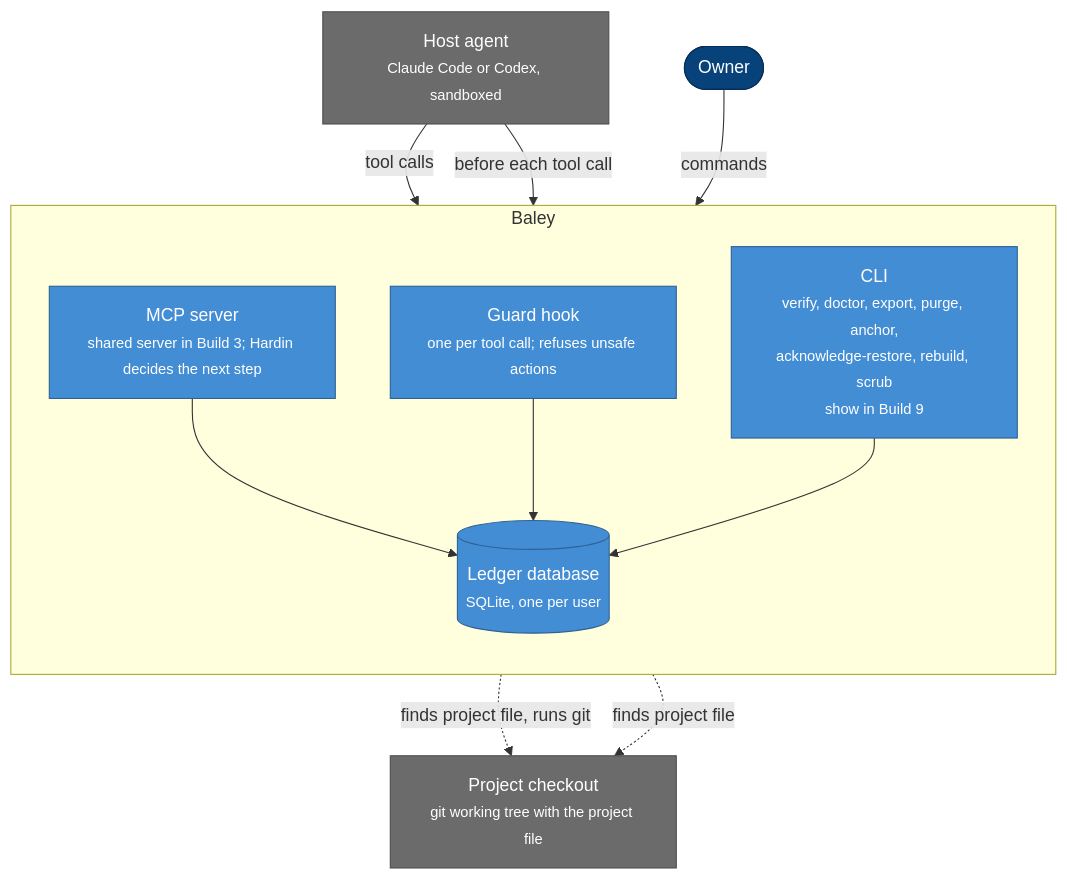
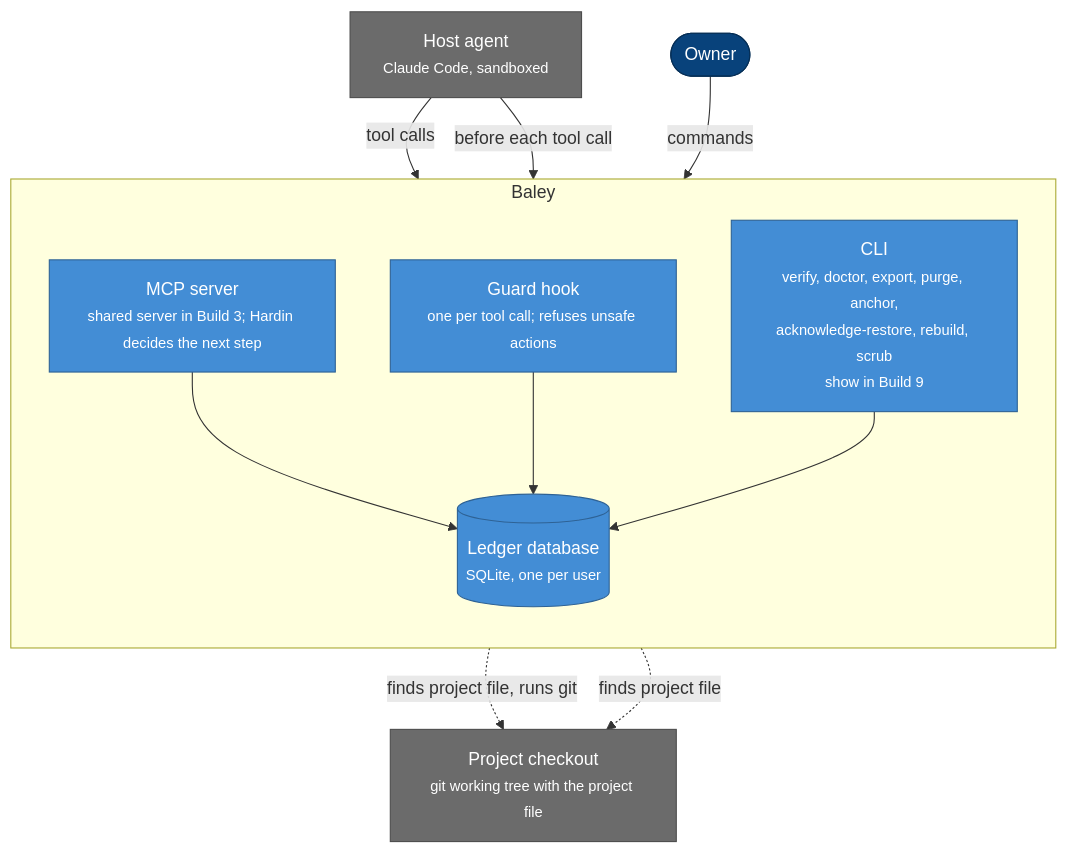
One commit to crenshawdev/baley changed the second of 14 diagrams in docs/design/0001-evidence-ledger.md. Above: the diagram before and after it, drawn with Mermaid. The commit also changed other lines of this file, not shown here.

First line of the commit message:
docs(design): show claude code and the session's review calls in design 0001's figures

````diff
--- a/docs/design/0001-evidence-ledger.md
+++ b/docs/design/0001-evidence-ledger.md
@@ -143,27 +144,27 @@
 ```mermaid
 flowchart TB
   owner(["Owner"])
-  host["Host agent<br/><small>Claude Code or Codex, sandboxed</small>"]
+  host["Host agent<br/><small>Claude Code, sandboxed</small>"]
   subgraph baley [Baley]
     direction TB
     server["MCP server<br/><small>shared server in Build 3; Hardin decides the next step</small>"]
     guard["Guard hook<br/><small>one per tool call; refuses unsafe actions</small>"]
     cli["CLI<br/><small>verify, doctor, export, purge, anchor,<br/>acknowledge-restore, rebuild, scrub<br/>show in Build 9</small>"]
     db[("Ledger database<br/><small>SQLite, one per user</small>")]
   end
   checkout["Project checkout<br/><small>git working tree with the project file</small>"]
   host -->|tool calls| server
   host -->|before each tool call| guard
   owner -->|commands| cli
   server --> db
   guard --> db
   cli --> db
   server -.->|finds project file, runs git| checkout
   guard -.->|finds project file| checkout
   classDef person fill:#08427b,stroke:#052e56,color:#fff
   classDef container fill:#438dd5,stroke:#2e6295,color:#fff
   classDef external fill:#6b6b6b,stroke:#4d4d4d,color:#fff
   class owner person
   class server,guard,cli,db container
   class host,checkout external
 ```
````
